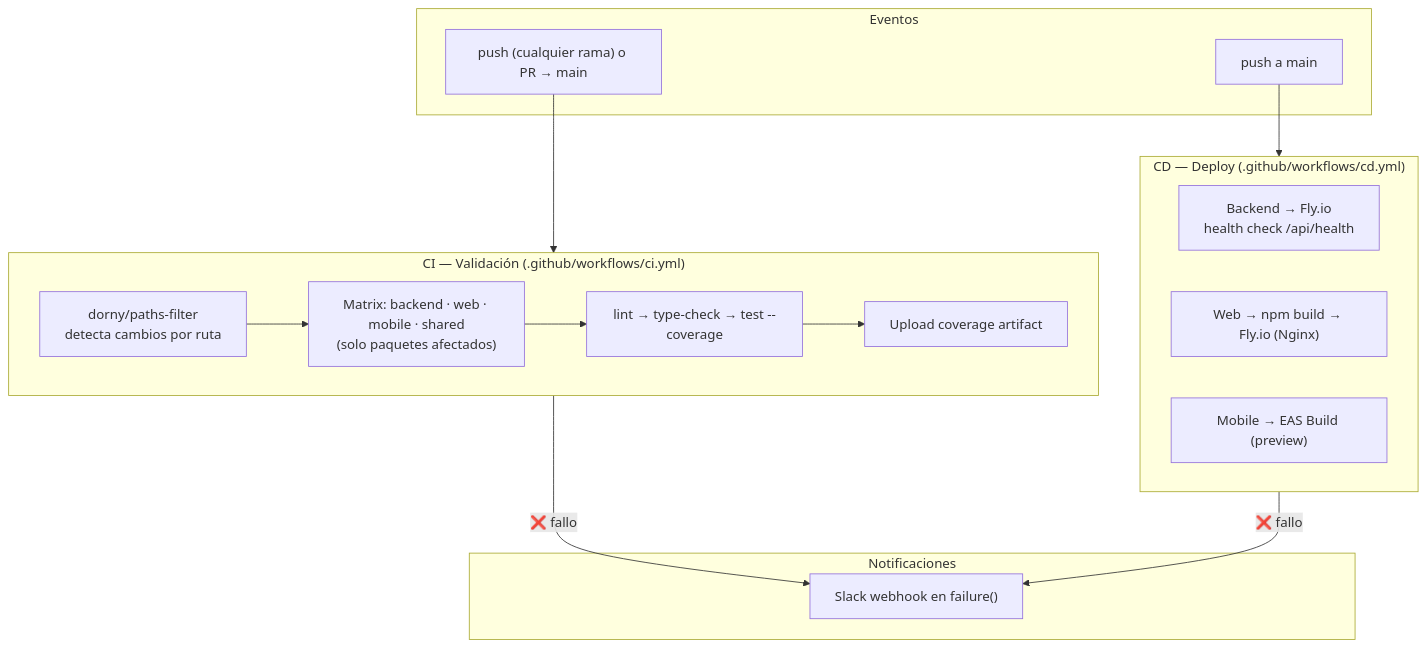
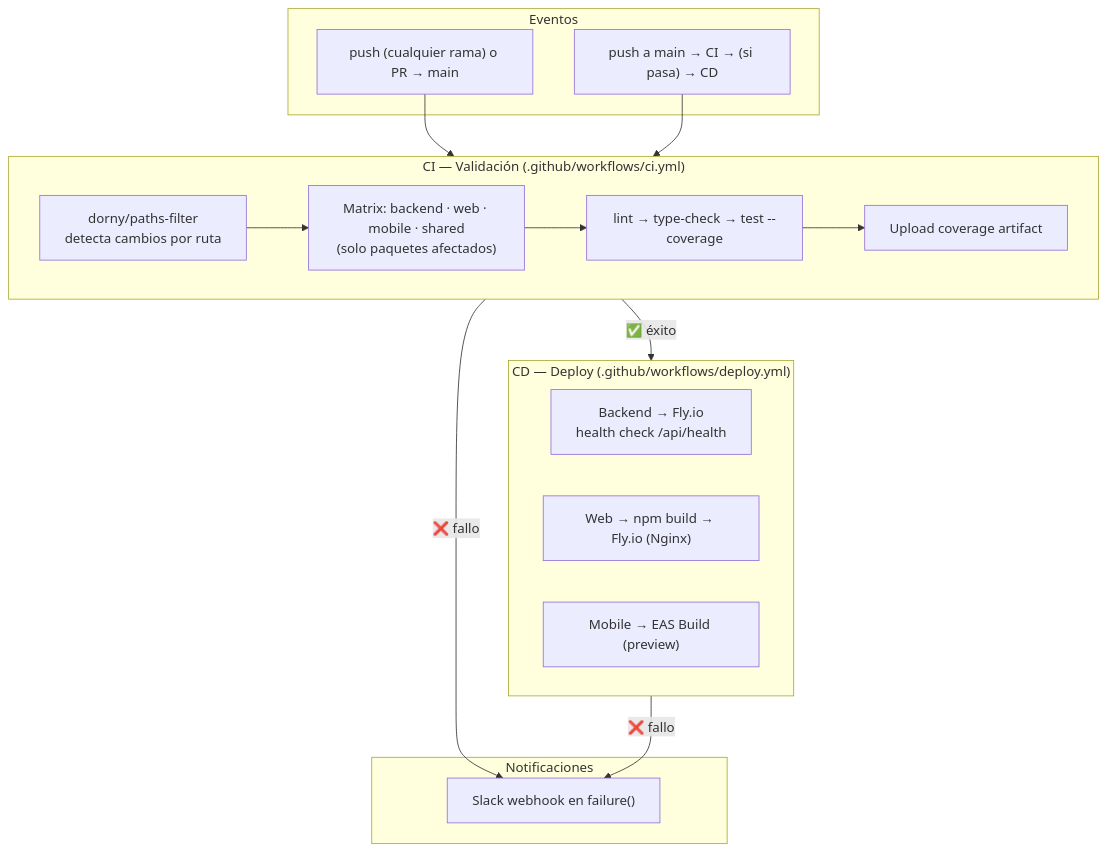
Before and after one commit to dsalazardev/Uniconnect: the diagram in CI-CD.md, drawn with Mermaid. The commit also changed other lines of this file and 13 other files, not shown here.

````diff
--- a/CI-CD.md
+++ b/CI-CD.md
@@ -5,32 +5,33 @@
 ```mermaid
 flowchart TB
     subgraph Events["Eventos"]
         PUSH_PR["push (cualquier rama) o PR → main"]
-        MAIN["push a main"]
+        MAIN["push a main → CI → (si pasa) → CD"]
     end
 
     subgraph CI["CI — Validación (.github/workflows/ci.yml)"]
         FILTER["dorny/paths-filter<br/>detecta cambios por ruta"]
         MATRIX["Matrix: backend · web · mobile · shared<br/>(solo paquetes afectados)"]
         STEPS["lint → type-check → test --coverage"]
         COV["Upload coverage artifact"]
     end
 
-    subgraph CD["CD — Deploy (.github/workflows/cd.yml)"]
+    subgraph CD["CD — Deploy (.github/workflows/deploy.yml)"]
         BKDEPLOY["Backend → Fly.io<br/>health check /api/health"]
         WEBDEPLOY["Web → npm build → Fly.io (Nginx)"]
         MOBDEPLOY["Mobile → EAS Build (preview)"]
     end
 
     subgraph NOTIF["Notificaciones"]
         SLACK["Slack webhook en failure()"]
     end
 
     PUSH_PR --> CI
-    MAIN --> CD
+    MAIN --> CI
+    CI --> |"✅ éxito"| CD
     CI --> |"❌ fallo"| SLACK
     CD --> |"❌ fallo"| SLACK
     FILTER --> MATRIX
     MATRIX --> STEPS
     STEPS --> COV
 ```
````
